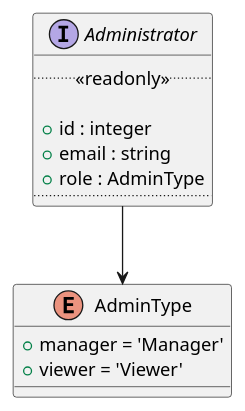
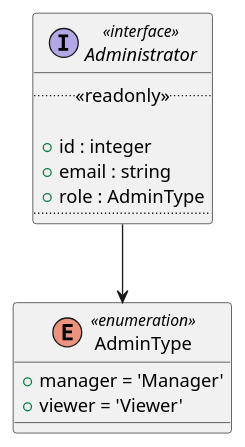
The diagram in docs/diagrams/interfaces/Administrators/Administrators.pu (GruppOne/stalker-web-app), drawn with PlantUML before and after one commit. The commit also changed 10 other files, not shown here.

```diff
--- a/docs/diagrams/interfaces/Administrators/Administrators.pu
+++ b/docs/diagrams/interfaces/Administrators/Administrators.pu
@@ -1,17 +1,17 @@
 @startuml Administrator
-interface Administrator {
+interface Administrator <<interface>> {
   ..<<readonly>>..
 
   + id : integer
   + email : string
   + role : AdminType
   ....
 }
 
-enum AdminType {
+enum AdminType <<enumeration>> {
   + manager = 'Manager'
   + viewer = 'Viewer'
 }
 
 Administrator --> AdminType
 @enduml
```
